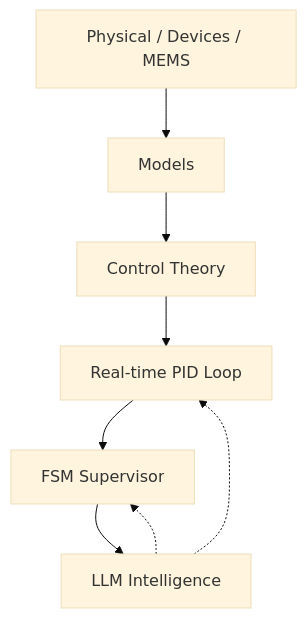
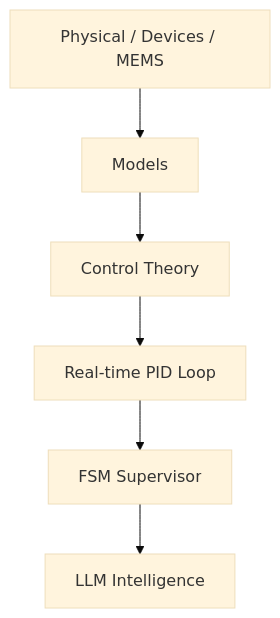
Before and after one commit to Samizo-AITL/Samizo-AITL.github.io: the diagram in portal/index.md, drawn with Mermaid (base theme). The commit also changed other lines of this file, not shown here.

````diff
--- a/portal/index.md
+++ b/portal/index.md
@@ -87,10 +87,8 @@
 ```mermaid
 flowchart TB
   P[Physical / Devices / MEMS] --> M[Models]
   M --> C[Control Theory]
   C --> R[Real-time PID Loop]
   R --> S[FSM Supervisor]
   S --> I[LLM Intelligence]
-  I -.-> R
-  I -.-> S
 ```
````
